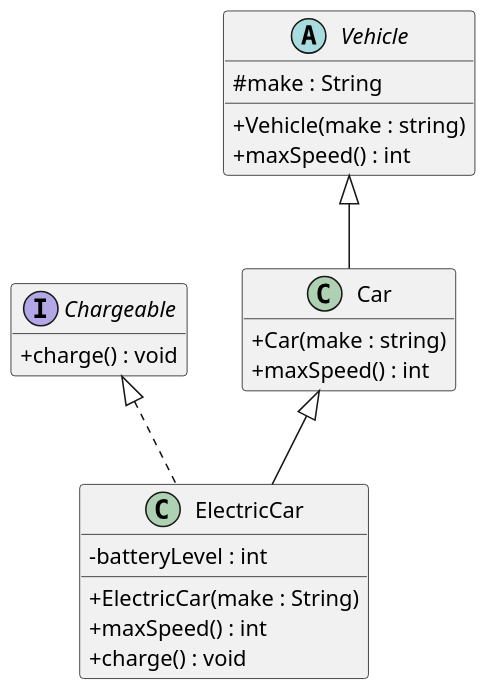
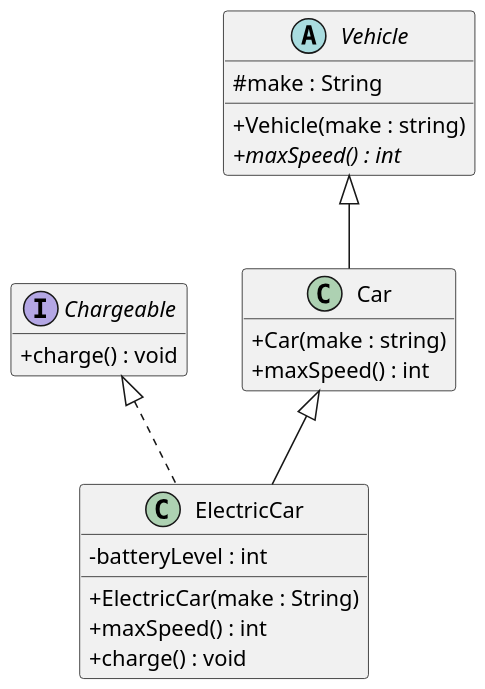
One commit to kam-eeel/207-course-notes changed the diagram in plantuml/exercises/vehicles-uml-starter.puml. Above: the diagram before and after it, drawn with PlantUML.

Commit message:
quick fix to ch3 q2 uml diagram

```diff
--- a/plantuml/exercises/vehicles-uml-starter.puml
+++ b/plantuml/exercises/vehicles-uml-starter.puml
@@ -1,46 +1,46 @@
 @startuml
 skinparam dpi 150
 skinparam classAttributeIconSize 0
 hide empty members
 
 ' Your task (Chapter 3, Question 2): draw the UML class diagram for the
 ' Vehicle / Car / ElectricCar / Chargeable code.
 '
 ' Define each type as a box, then connect them with the right arrows. One box
 ' (Chargeable) is filled in as an example — complete the other three and add the
 ' relationships.
 '
 ' PlantUML cheat-sheet:
 '   interface Name { + method() : Type }
 '   abstract class Name { # field : Type }
 '   class Name { - field : Type }
 '   Parent    <|-- Child    ' generalization: Child extends Parent
 '   Interface <|.. Class    ' realization:    Class implements Interface
 ' (Putting the parent/interface on the LEFT of the arrow keeps it on top.)
 
 interface Chargeable {
   + charge() : void
 }
 
 abstract class Vehicle {
   # make : String
   + Vehicle(make : string)
-  + maxSpeed() : int
+  + {abstract} maxSpeed() : int
 }
 
-Vehicle <|-- Car
 class Car {
   + Car(make : string)
   + maxSpeed() : int
 }
 
-Car <|-- ElectricCar
-Chargeable <|.. ElectricCar
 class ElectricCar {
   - batteryLevel : int
   + ElectricCar(make : String)
   + maxSpeed() : int
   + charge() : void
 }
 
+Vehicle <|-- Car
+Car <|-- ElectricCar
+Chargeable <|.. ElectricCar
 @enduml
```
